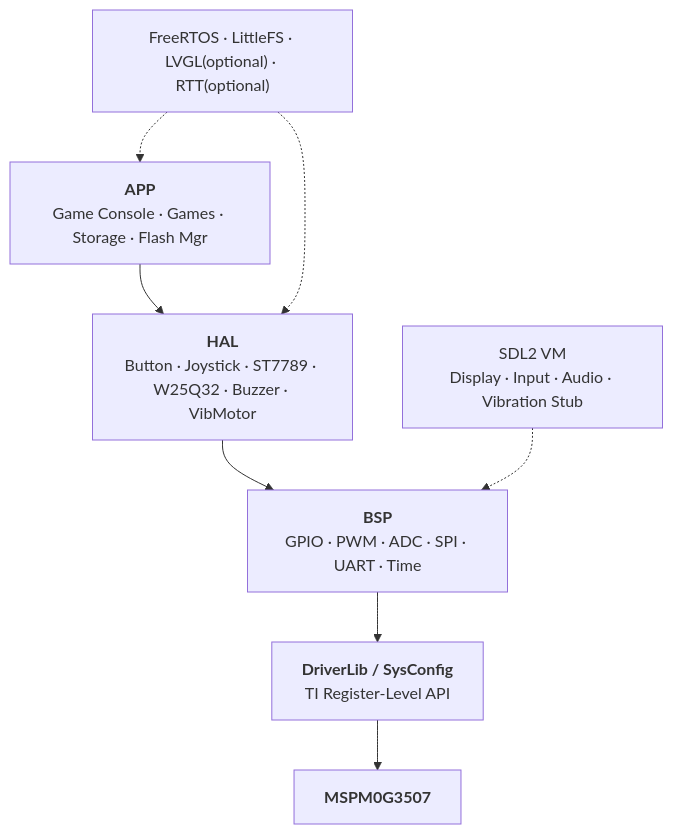
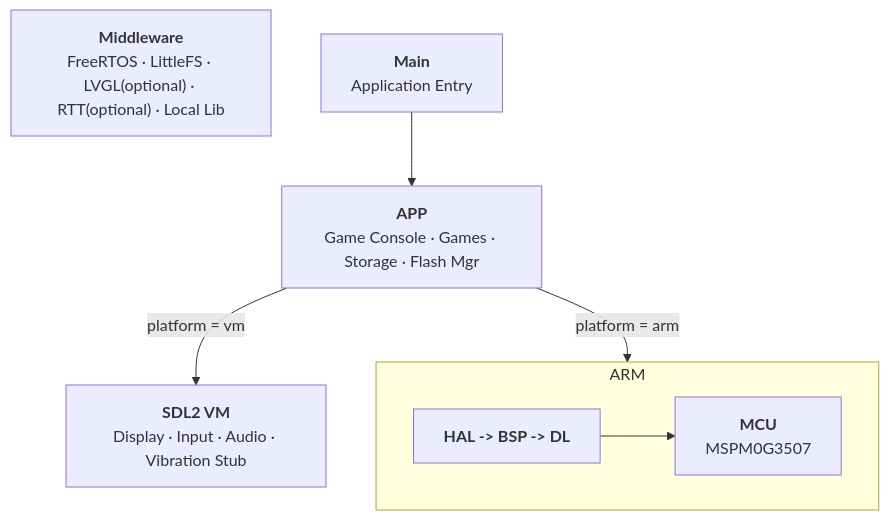
The diagram in README.md (OohShuo/mspm0g3507_framework), drawn with Mermaid before and after one commit. The commit also changed other lines of this file and 12 other files, not shown here.

````diff
--- a/README.md
+++ b/README.md
@@ -26,20 +24,22 @@
 ``` mermaid
 graph TD
+    subgraph ARM
+        direction LR
+
+        M["<b>HAL -> BSP -> DL</b>"] --> MC["<b>MCU</b><br/>MSPM0G3507"]
+    end
+
     APP["<b>APP</b><br/>Game Console · Games · Storage · Flash Mgr"]
-    HAL["<b>HAL</b><br/>Button · Joystick · ST7789 · W25Q32 · Buzzer · VibMotor"]
-    BSP["<b>BSP</b><br/>GPIO · PWM · ADC · SPI · UART · Time"]
-    DL["<b>DriverLib / SysConfig</b><br/>TI Register-Level API"]
-    MCU["<b>MSPM0G3507</b>"]
+    
 
-    MW["FreeRTOS · LittleFS · LVGL(optional) · RTT(optional)"]
-    VM["SDL2 VM<br/>Display · Input · Audio · Vibration Stub"]
+    MW["<b>Middleware</b><br/>FreeRTOS · LittleFS · LVGL(optional) · RTT(optional) · Local Lib"]
+    VM["<b>SDL2 VM</b><br/>Display · Input · Audio · Vibration Stub"]
 
-    APP --> HAL
-    HAL --> BSP
-    BSP --> DL
-    DL --> MCU
+    MAIN["<b>Main</b><br/>Application Entry"]
 
-    MW -.-> APP
-    MW -.-> HAL
-    VM -.-> BSP
+    MAIN --> APP
+
+    APP --"platform = arm"--> ARM
+    APP --"platform = vm"--> VM
+
 ```
````
